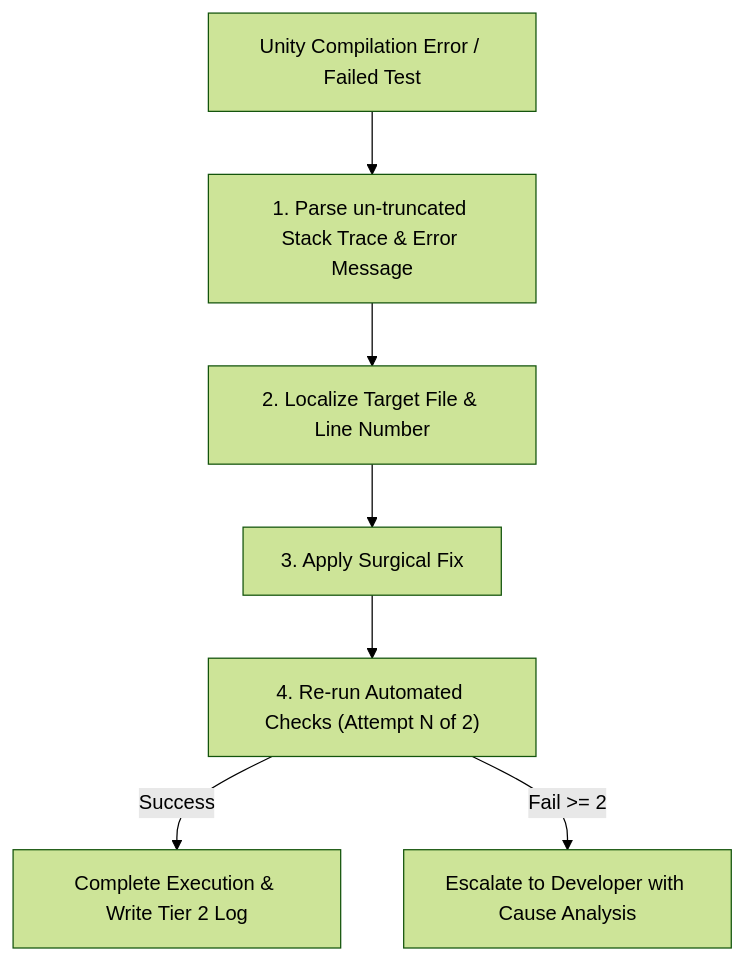
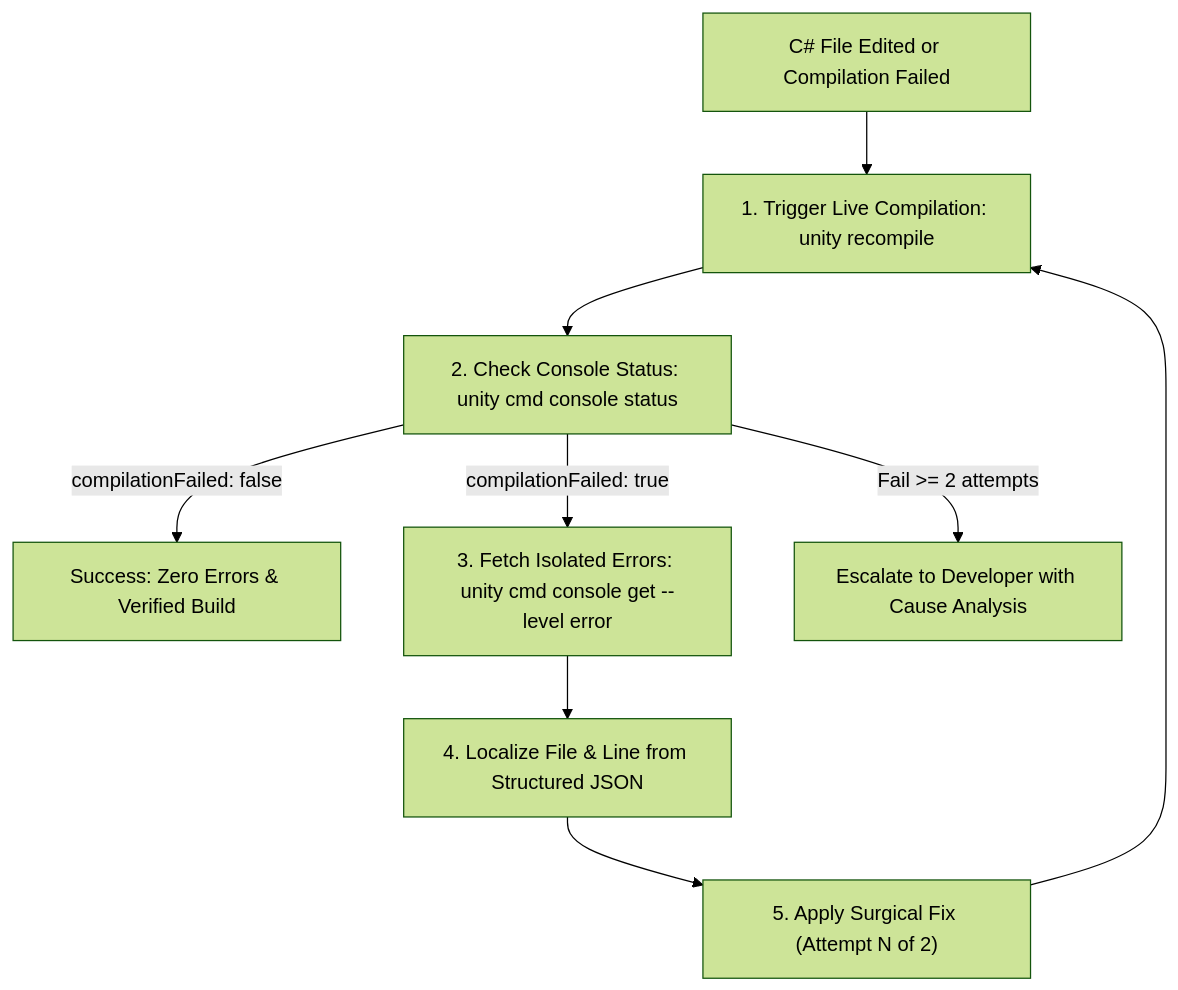
One commit to ReenBo/unity6-ai-workflow changed the diagram in subagents/auto-fixer.md. Above: the diagram before and after it, drawn with Mermaid (forest theme). The commit also changed other lines of this file and 9 other files, not shown here.

Commit message:
feat(cli): standardize mandatory Unity CLI, hot testing, live auto-debugger, and MCP v1.3.0

````diff
--- a/subagents/auto-fixer.md
+++ b/subagents/auto-fixer.md
@@ -9,9 +9,11 @@
 ```mermaid
 graph TD
-    BuildError["Unity Compilation Error / Failed Test"] --> ParseLog["1. Parse un-truncated Stack Trace & Error Message"]
-    ParseLog --> Diagnose["2. Localize Target File & Line Number"]
-    Diagnose --> SurgicalFix["3. Apply Surgical Fix"]
-    SurgicalFix --> ReCheck["4. Re-run Automated Checks (Attempt N of 2)"]
-    ReCheck -->|Success| Complete["Complete Execution & Write Tier 2 Log"]
-    ReCheck -->|Fail >= 2| Escalate["Escalate to Developer with Cause Analysis"]
+    Trigger["C# File Edited or Compilation Failed"] --> Recompile["1. Trigger Live Compilation: unity recompile"]
+    Recompile --> CheckStatus["2. Check Console Status: unity cmd console status"]
+    CheckStatus -->|compilationFailed: false| Verified["Success: Zero Errors & Verified Build"]
+    CheckStatus -->|compilationFailed: true| FetchErrors["3. Fetch Isolated Errors: unity cmd console get --level error"]
+    FetchErrors --> Localize["4. Localize File & Line from Structured JSON"]
+    Localize --> SurgicalFix["5. Apply Surgical Fix (Attempt N of 2)"]
+    SurgicalFix --> Recompile
+    CheckStatus -->|Fail >= 2 attempts| Escalate["Escalate to Developer with Cause Analysis"]
 ```
````
